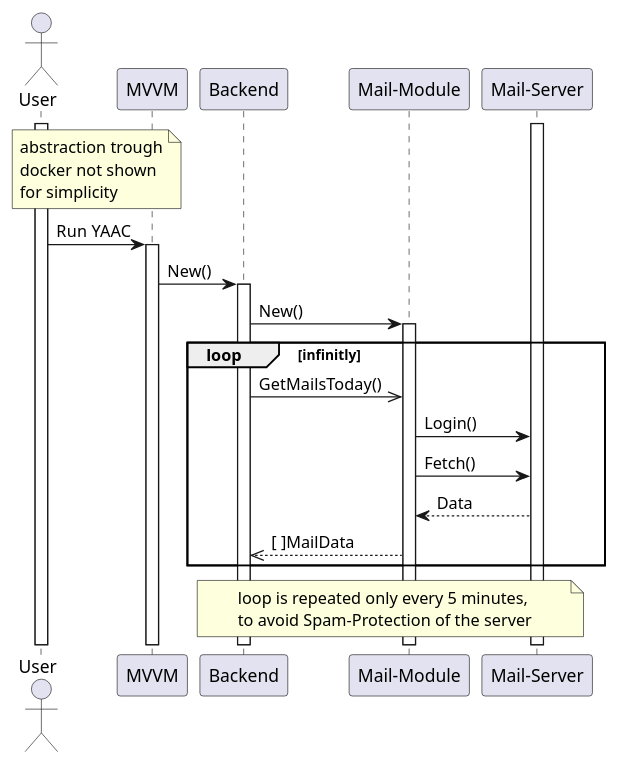
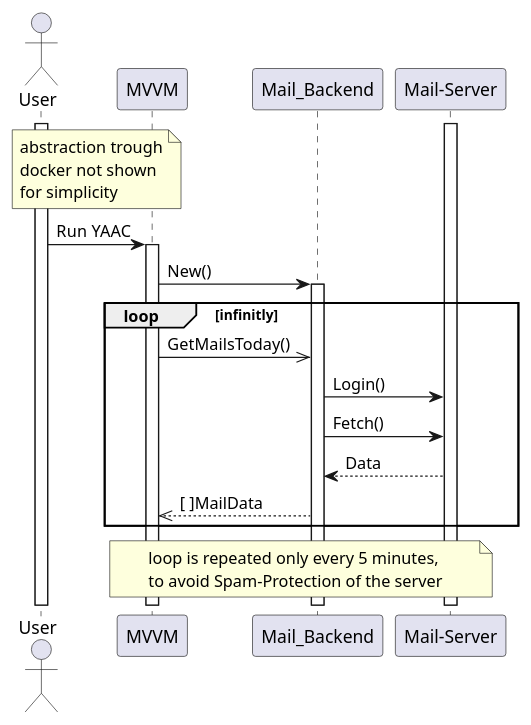
Before and after one commit to DHBW-SE-2023/Wiki: the diagram in Diagrams/Sequence_Diagrams/Periodic_Mail_Fetch.puml, drawn with PlantUML. The commit also changed 1 other file, not shown here.

Commit message:
updated mail-diagram, to match code more closely

```diff
--- a/Diagrams/Sequence_Diagrams/Periodic_Mail_Fetch.puml
+++ b/Diagrams/Sequence_Diagrams/Periodic_Mail_Fetch.puml
@@ -1,34 +1,32 @@
 @startuml Periodic_Mail_Fetch
 
 Actor User as user
 Participant "MVVM" as app
-Participant "Backend" as daemon
-Participant "Mail-Module" as mailmod
+Participant "Mail_Backend" as daemon
 Participant "Mail-Server" as gmail
 
 activate user
 activate gmail
 
 note over user, app
 abstraction trough
 docker not shown
 for simplicity
 end note
 
 user -> app ++: Run YAAC
 app -> daemon ++: New()
-daemon -> mailmod ++: New()
 loop infinitly
-    daemon ->> mailmod: GetMailsToday()
-    mailmod -> gmail: Login()
-    mailmod -> gmail: Fetch()
-    gmail --> mailmod: Data
-    mailmod -->> daemon: [ ]MailData
+    app ->> daemon: GetMailsToday()
+    daemon -> gmail: Login()
+    daemon -> gmail: Fetch()
+    gmail --> daemon: Data
+    daemon -->> app: [ ]MailData
 end loop
 
-note over daemon, gmail
+note over app, gmail
 loop is repeated only every 5 minutes,
 to avoid Spam-Protection of the server
 end note
 
 @enduml
```
